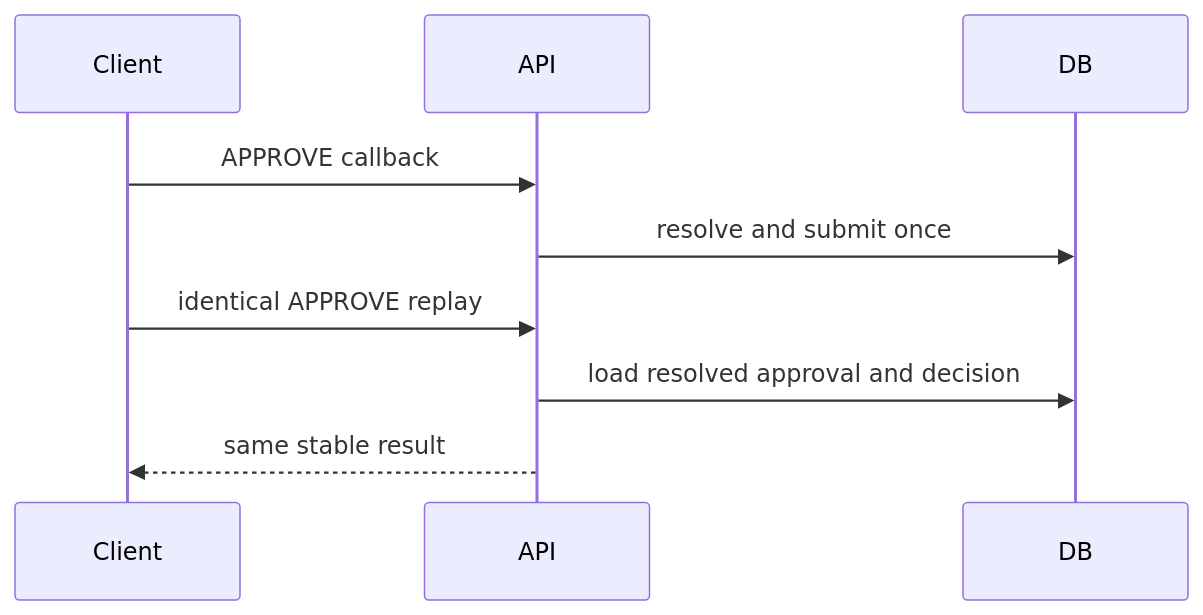
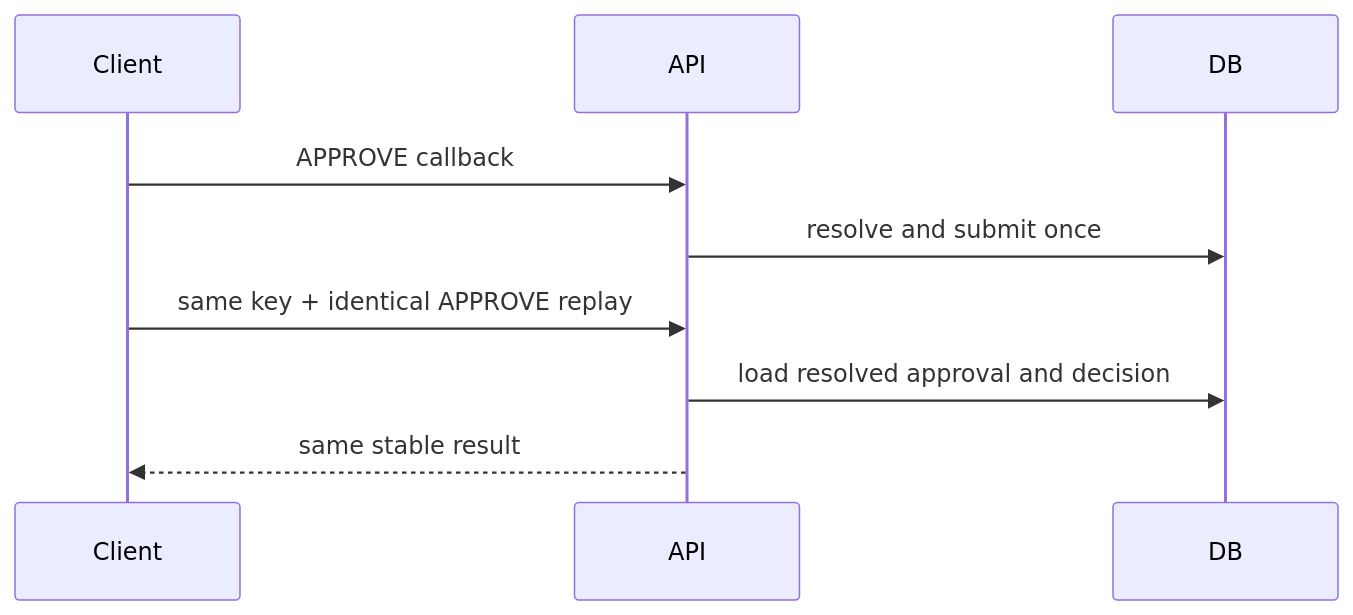
Before and after one commit to anthony-au1/fpa: the third of 3 diagrams in docs/workflow.md, drawn with Mermaid. The commit also changed other lines of this file and 2 other files, not shown here.

````diff
--- a/docs/workflow.md
+++ b/docs/workflow.md
@@ -56,8 +56,8 @@
 ```mermaid
 sequenceDiagram
     Client->>API: APPROVE callback
     API->>DB: resolve and submit once
-    Client->>API: identical APPROVE replay
+    Client->>API: same key + identical APPROVE replay
     API->>DB: load resolved approval and decision
     API-->>Client: same stable result
 ```
````
